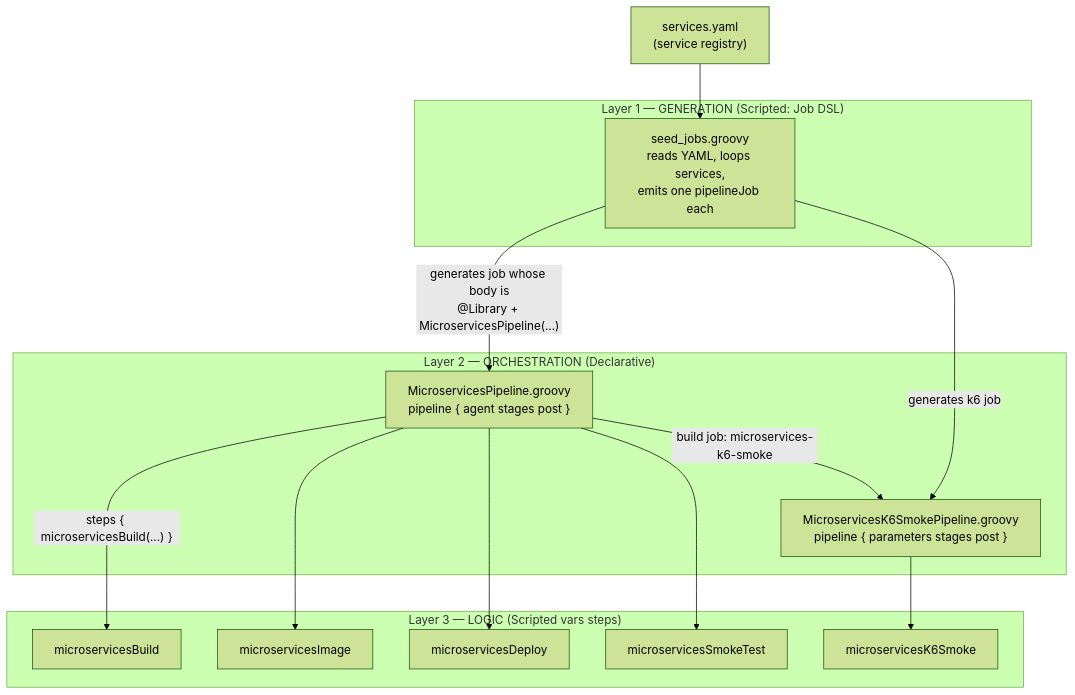
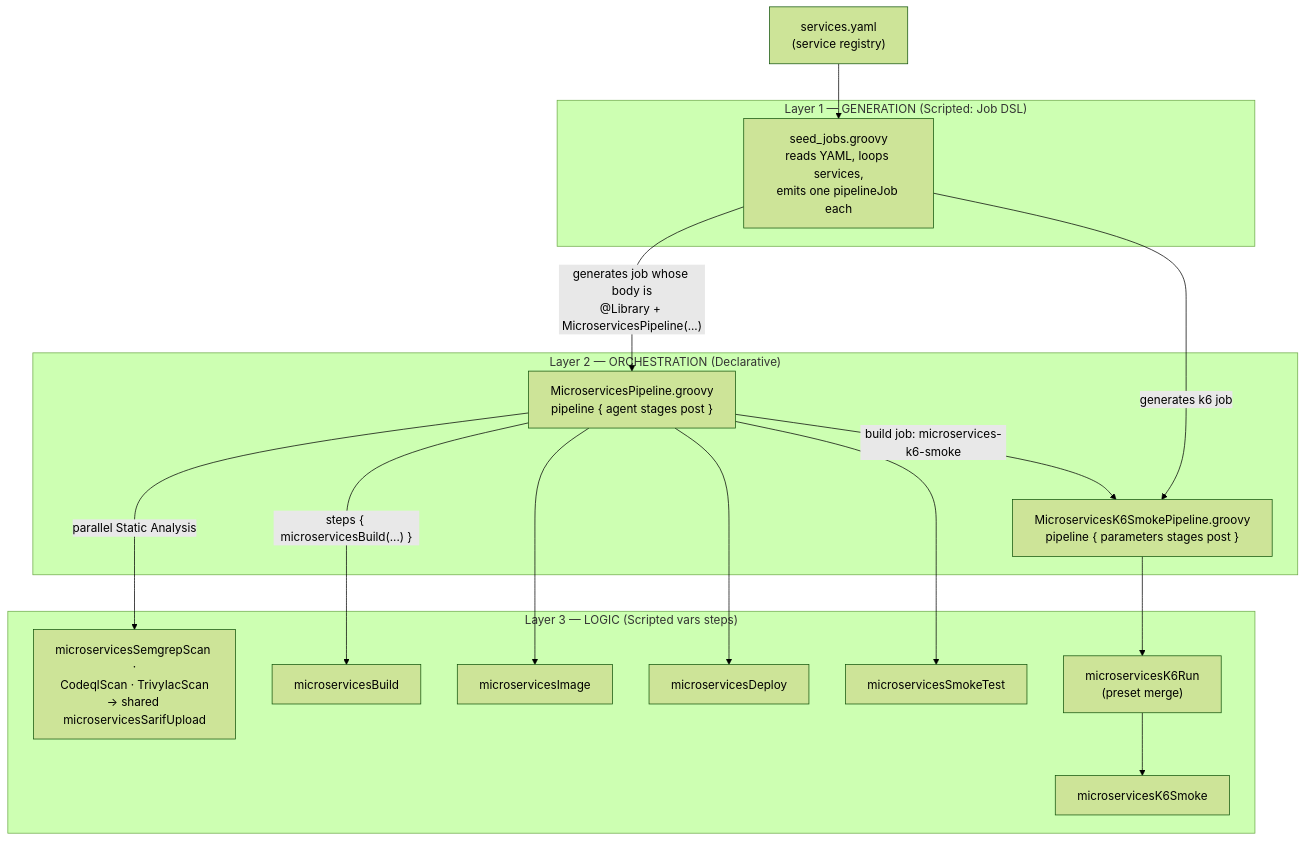
One commit to nubenetes/jenkins-2026 changed the third of 7 diagrams in docs/403-DECLARATIVE_VS_SCRIPTED.md. Above: the diagram before and after it, drawn with Mermaid (forest theme). The commit also changed other lines of this file and 13 other files, not shown here.

````diff
--- a/docs/403-DECLARATIVE_VS_SCRIPTED.md
+++ b/docs/403-DECLARATIVE_VS_SCRIPTED.md
@@ -559,27 +559,31 @@
 ```mermaid
 flowchart TD
     YAML["services.yaml<br/>(service registry)"]
     subgraph L1["Layer 1 — GENERATION (Scripted: Job DSL)"]
         SEED["seed_jobs.groovy<br/>reads YAML, loops services,<br/>emits one pipelineJob each"]
     end
     subgraph L2["Layer 2 — ORCHESTRATION (Declarative)"]
         MP["MicroservicesPipeline.groovy<br/>pipeline { agent stages post }"]
         K6P["MicroservicesK6SmokePipeline.groovy<br/>pipeline { parameters stages post }"]
     end
     subgraph L3["Layer 3 — LOGIC (Scripted vars steps)"]
+        SC["microservicesSemgrepScan ·<br/>CodeqlScan · TrivyIacScan<br/>→ shared microservicesSarifUpload"]
         B["microservicesBuild"]
         I["microservicesImage"]
         D["microservicesDeploy"]
         S["microservicesSmokeTest"]
+        K6R["microservicesK6Run<br/>(preset merge)"]
         K["microservicesK6Smoke"]
     end
     YAML --> SEED
     SEED -->|"generates job whose body is<br/>@Library + MicroservicesPipeline(...)"| MP
     SEED -->|"generates k6 job"| K6P
+    MP -->|"parallel Static Analysis"| SC
     MP -->|"steps { microservicesBuild(...) }"| B
     MP --> I
     MP --> D
     MP --> S
     MP -->|"build job: microservices-k6-smoke"| K6P
-    K6P --> K
+    K6P --> K6R
+    K6R --> K
 ```
````
